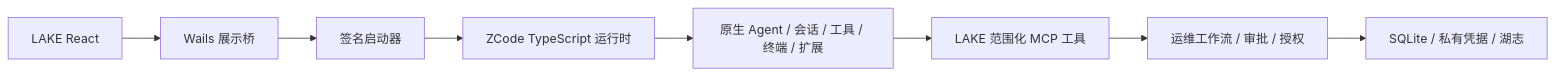
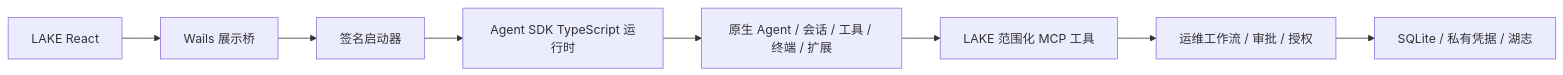
One commit to Clean-Lakes/Lake changed the diagram in docs/lake-design.md. Above: the diagram before and after it, drawn with Mermaid. The commit also changed other lines of this file and 186 other files, not shown here.

Commit message:
refactor: name the Lake backend TypeScript and preserve native history

````diff
--- a/docs/lake-design.md
+++ b/docs/lake-design.md
@@ -7,10 +7,10 @@
 ```mermaid
 flowchart LR
   UI[LAKE React] --> W[Wails 展示桥]
   W --> L[签名启动器]
-  L --> Z[ZCode TypeScript 运行时]
+  L --> Z[Agent SDK TypeScript 运行时]
   Z --> A[原生 Agent / 会话 / 工具 / 终端 / 扩展]
   A --> M[LAKE 范围化 MCP 工具]
   M --> O[运维工作流 / 审批 / 授权]
   O --> D[SQLite / 私有凭据 / 湖志]
 ```
````
